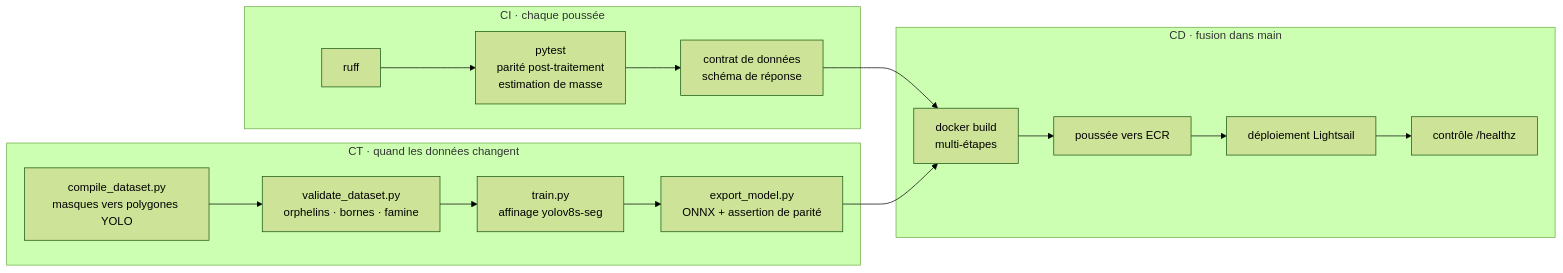
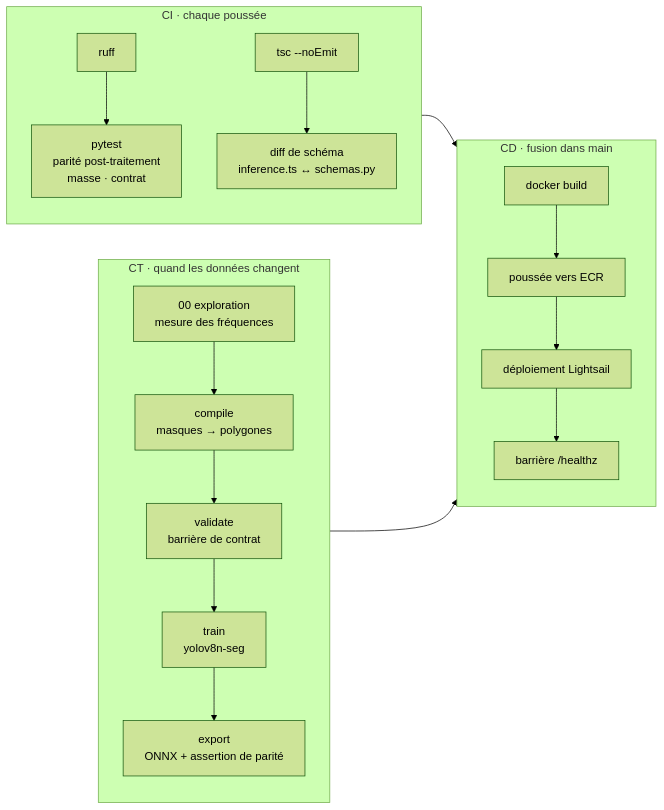
One commit to Zen-Daitsu/Nutrivision changed the second of 9 diagrams in Readme.fr.md. Above: the diagram before and after it, drawn with Mermaid (forest theme). The commit also changed other lines of this file, not shown here.

````diff
--- a/Readme.fr.md
+++ b/Readme.fr.md
@@ -86,28 +139,26 @@
 ```mermaid
 flowchart LR
     subgraph CI["CI · chaque poussée"]
-        lint["ruff"]
-        unit["pytest<br/>parité post-traitement<br/>estimation de masse"]
-        contract["contrat de données<br/>schéma de réponse"]
+        direction TB
+        ruff["ruff"] --> pytest["pytest<br/>parité post-traitement<br/>masse · contrat"]
+        tsc["tsc --noEmit"] --> diff["diff de schéma<br/>inference.ts ↔ schemas.py"]
     end
 
     subgraph CT["CT · quand les données changent"]
-        compile["compile_dataset.py<br/>masques vers polygones YOLO"]
-        validate["validate_dataset.py<br/>orphelins · bornes · famine"]
-        train["train.py<br/>affinage yolov8s-seg"]
-        export["export_model.py<br/>ONNX + assertion de parité"]
+        direction TB
+        explore["00 exploration<br/>mesure des fréquences"] --> compile["compile<br/>masques → polygones"]
+        compile --> validate["validate<br/>barrière de contrat"]
+        validate --> train["train<br/>yolov8n-seg"]
+        train --> export["export<br/>ONNX + assertion de parité"]
     end
 
     subgraph CD["CD · fusion dans main"]
-        build["docker build<br/>multi-étapes"]
-        push["poussée vers ECR"]
-        deploy["déploiement Lightsail"]
-        health["contrôle /healthz"]
+        direction TB
+        build["docker build"] --> push["poussée vers ECR"]
+        push --> roll["déploiement Lightsail"]
+        roll --> health["barrière /healthz"]
     end
 
-    lint --> unit --> contract
-    contract --> build
-    compile --> validate --> train --> export
-    export --> build
-    build --> push --> deploy --> health
+    CI --> CD
+    CT --> CD
 ```
````
